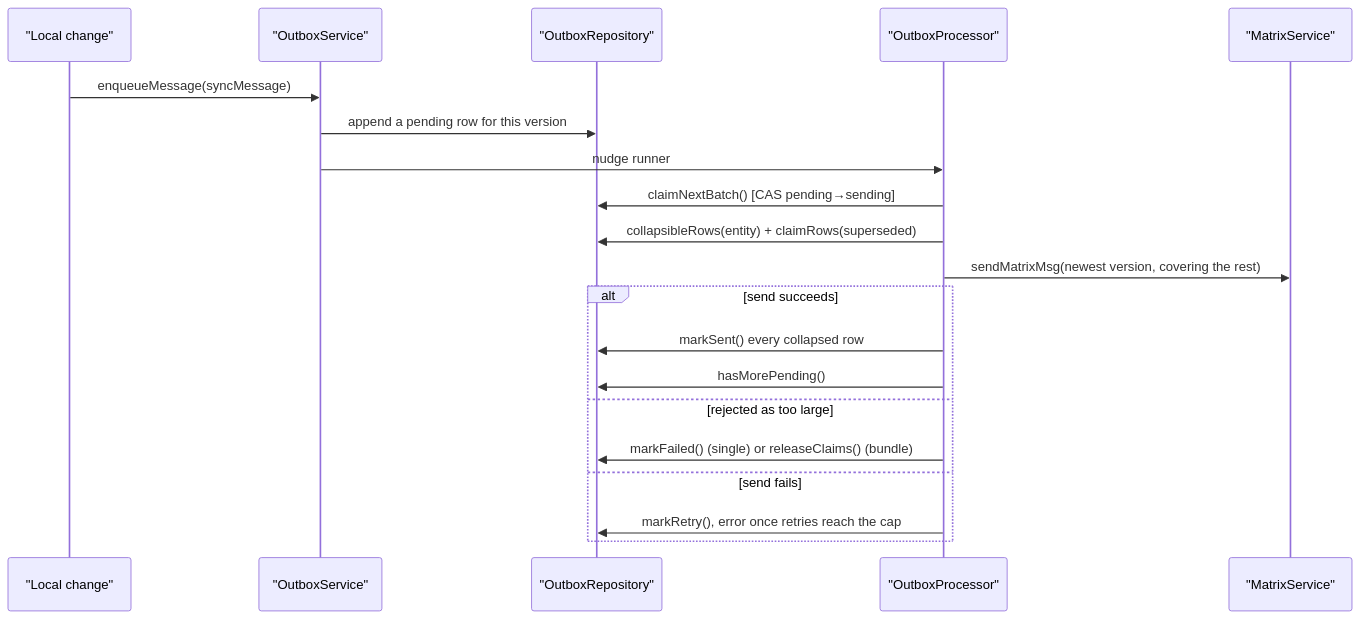
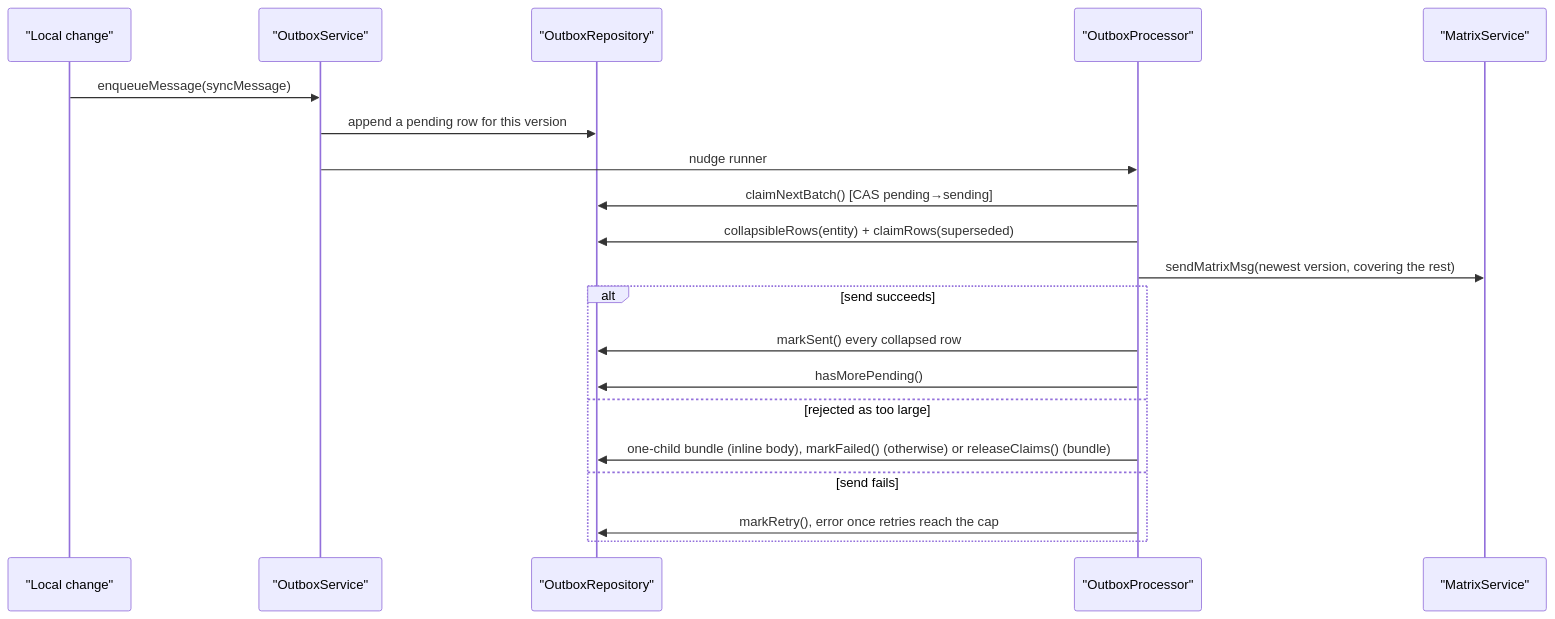
The first of 7 diagrams in knowledge/features/sync/send-path.md (matthiasn/lotti), drawn with Mermaid before and after one commit. The commit also changed other lines of this file and 60 other files, not shown here.

````diff
--- a/knowledge/features/sync/send-path.md
+++ b/knowledge/features/sync/send-path.md
@@ -68,23 +68,23 @@
 ```mermaid
 sequenceDiagram
   participant Local as "Local change"
   participant Outbox as "OutboxService"
   participant Repo as "OutboxRepository"
   participant Proc as "OutboxProcessor"
   participant Matrix as "MatrixService"
 
   Local->>Outbox: enqueueMessage(syncMessage)
   Outbox->>Repo: append a pending row for this version
   Outbox->>Proc: nudge runner
   Proc->>Repo: claimNextBatch() [CAS pending→sending]
   Proc->>Repo: collapsibleRows(entity) + claimRows(superseded)
   Proc->>Matrix: sendMatrixMsg(newest version, covering the rest)
   alt send succeeds
     Proc->>Repo: markSent() every collapsed row
     Proc->>Repo: hasMorePending()
   else rejected as too large
-    Proc->>Repo: markFailed() (single) or releaseClaims() (bundle)
+    Proc->>Repo: one-child bundle (inline body), markFailed() (otherwise) or releaseClaims() (bundle)
   else send fails
     Proc->>Repo: markRetry(), error once retries reach the cap
   end
 ```
````
